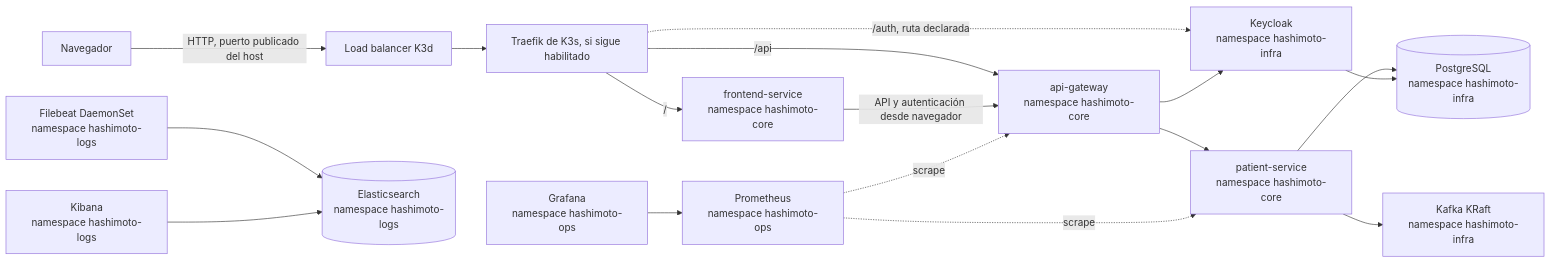
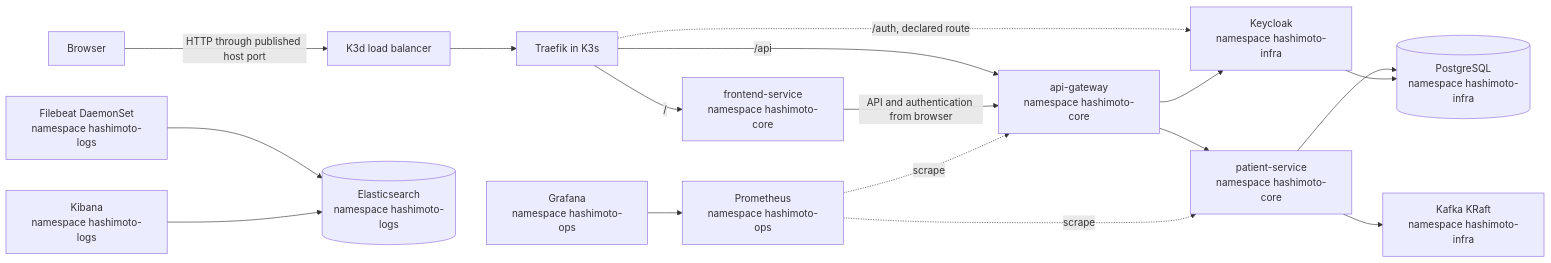
Before and after one commit to EdwinRodriguezValle/hashimoto-platform: the diagram in docs/k8s-architecture.md, drawn with Mermaid. The commit also changed other lines of this file and 9 other files, not shown here.

Commit message:
docs: refresh platform guide and roadmap

````diff
--- a/docs/k8s-architecture.md
+++ b/docs/k8s-architecture.md
@@ -11,19 +11,19 @@
 ```mermaid
 flowchart LR
-  Browser[ Navegador ] -->|HTTP, puerto publicado del host| Edge[Load balancer K3d]
-  Edge --> Router[Traefik de K3s, si sigue habilitado]
+  Browser[Browser] -->|HTTP through published host port| Edge[K3d load balancer]
+  Edge --> Router[Traefik in K3s]
   Router -->|/| Frontend[frontend-service\nnamespace hashimoto-core]
   Router -->|/api| Gateway[api-gateway\nnamespace hashimoto-core]
-  Router -.->|/auth, ruta declarada| IdP[Keycloak\nnamespace hashimoto-infra]
-  Frontend -->|API y autenticación desde navegador| Gateway
+  Router -.->|/auth, declared route| IdP[Keycloak\nnamespace hashimoto-infra]
+  Frontend -->|API and authentication from browser| Gateway
   Gateway --> Patient[patient-service\nnamespace hashimoto-core]
   Patient --> DB[(PostgreSQL\nnamespace hashimoto-infra)]
   Patient --> Kafka[Kafka KRaft\nnamespace hashimoto-infra]
   Gateway --> IdP
   IdP --> DB
   Prom[Prometheus\nnamespace hashimoto-ops] -.->|scrape| Gateway
   Prom -.->|scrape| Patient
   Grafana[Grafana\nnamespace hashimoto-ops] --> Prom
   Beat[Filebeat DaemonSet\nnamespace hashimoto-logs] --> ES[(Elasticsearch\nnamespace hashimoto-logs)]
   Kibana[Kibana\nnamespace hashimoto-logs] --> ES
 ```
````
